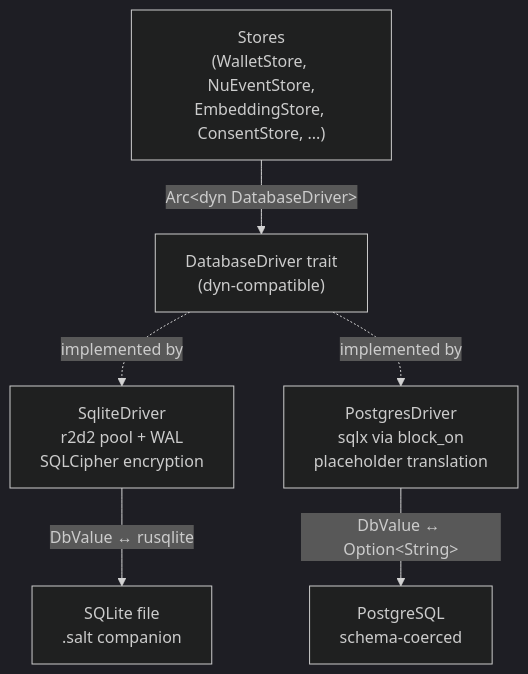
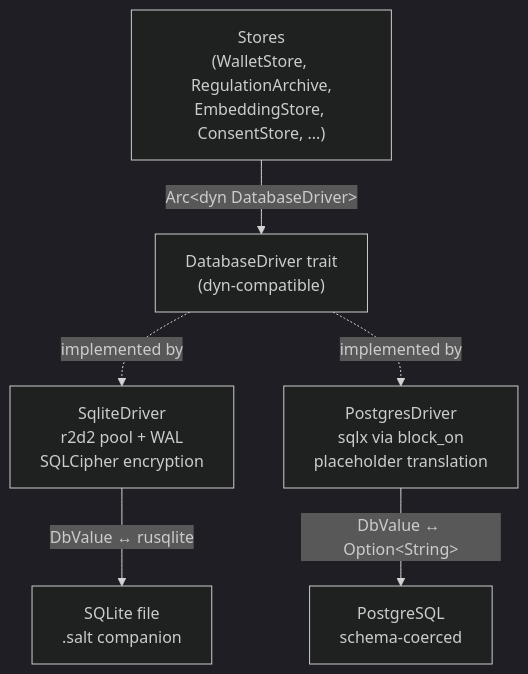
Before and after one commit to mdz-axo/hKask: the second of 3 diagrams in docs/explanation/energy-and-economy.md, drawn with Mermaid (dark theme). The commit also changed other lines of this file and 35 other files, not shown here.

````diff
--- a/docs/explanation/energy-and-economy.md
+++ b/docs/explanation/energy-and-economy.md
@@ -218,14 +218,14 @@
 ```mermaid
 flowchart TD
     TRAIT["DatabaseDriver trait\n(dyn-compatible)"]
     SQLITE["SqliteDriver\nr2d2 pool + WAL\nSQLCipher encryption"]
     POSTGRES["PostgresDriver\nsqlx via block_on\nplaceholder translation"]
-    STORES["Stores\n(WalletStore, NuEventStore,\nEmbeddingStore, ConsentStore, ...)"]
+    STORES["Stores\n(WalletStore, RegulationArchive,\nEmbeddingStore, ConsentStore, ...)"]
 
     STORES -->|"Arc&lt;dyn DatabaseDriver&gt;"| TRAIT
     TRAIT -.implemented by.-> SQLITE
     TRAIT -.implemented by.-> POSTGRES
 
     SQLITE -->|"DbValue ↔ rusqlite"| SQLITE_DB["SQLite file\n.salt companion"]
     POSTGRES -->|"DbValue ↔ Option&lt;String&gt;"| PG_DB["PostgreSQL\nschema-coerced"]
 ```
````
